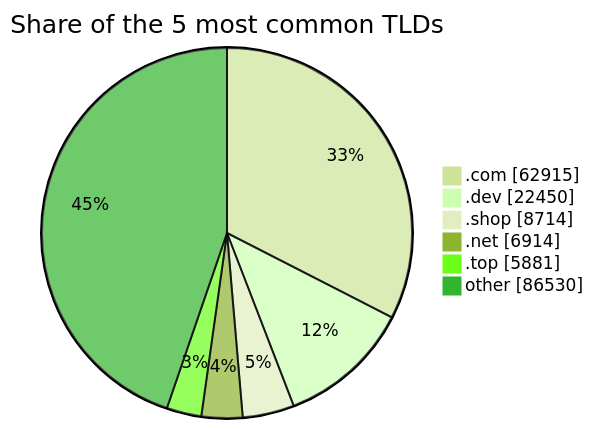
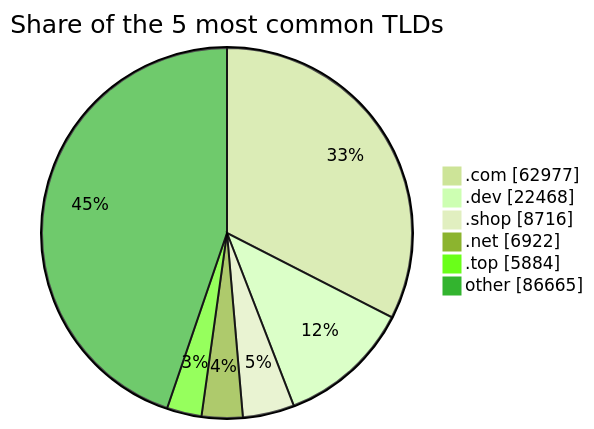
One commit to DNSBunker/CTI changed the third of 3 diagrams in README.md. Above: the diagram before and after it, drawn with Mermaid (forest theme). The commit also changed other lines of this file and 3 other files, not shown here.

````diff
--- a/README.md
+++ b/README.md
@@ -81,9 +81,9 @@
 ```mermaid
 pie showData title Share of the 5 most common TLDs
-    ".com" : 62915
-    ".dev" : 22450
-    ".shop" : 8714
-    ".net" : 6914
-    ".top" : 5881
-    "other" : 86530
+    ".com" : 62977
+    ".dev" : 22468
+    ".shop" : 8716
+    ".net" : 6922
+    ".top" : 5884
+    "other" : 86665
 ```
````
